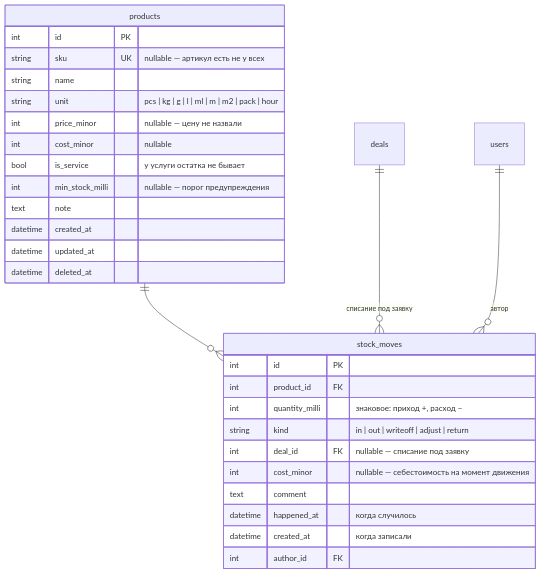
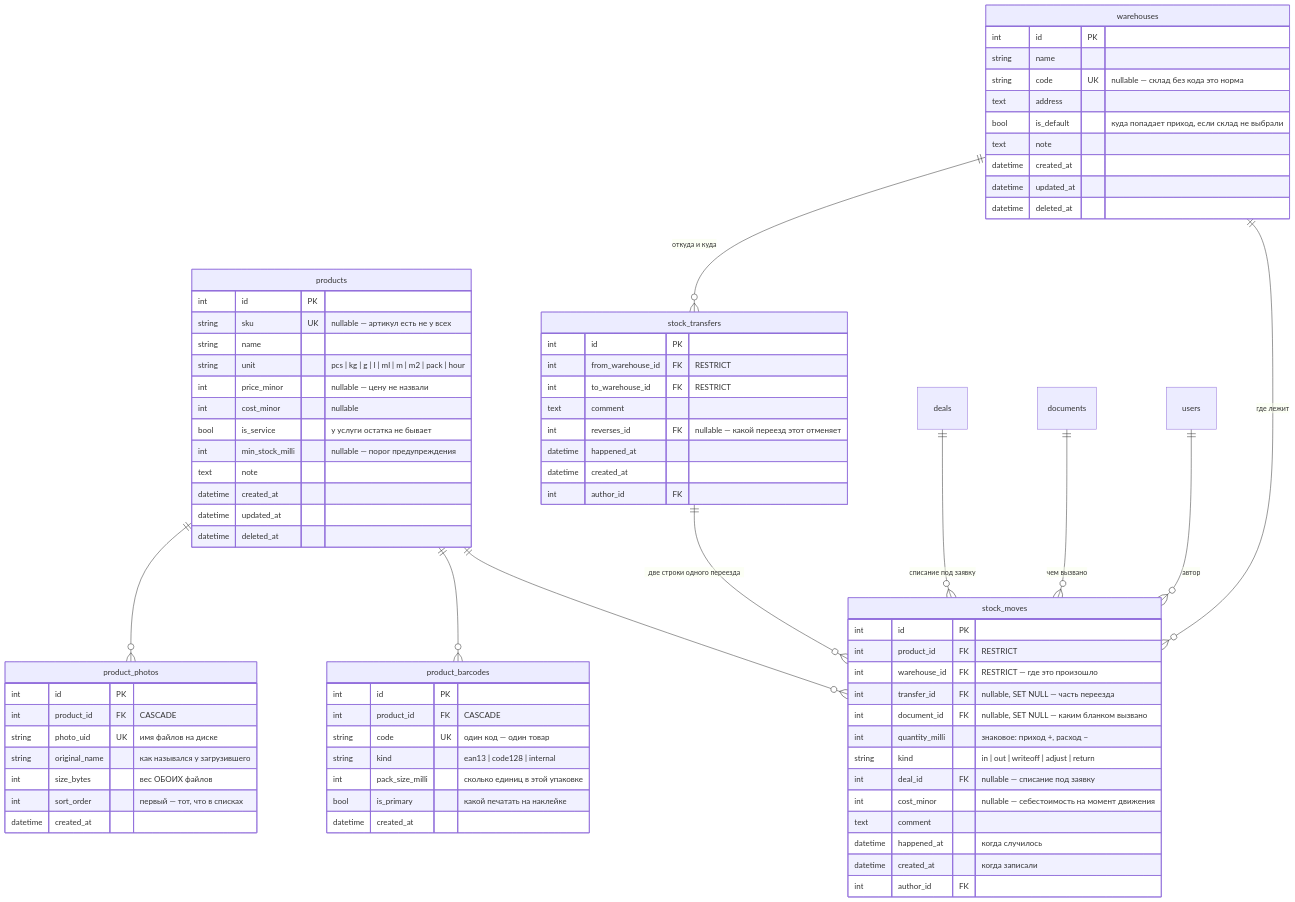
Before and after one commit to DenisHumen/OpenCRM: the second of 2 diagrams in docs/03-database.md, drawn with Mermaid. The commit also changed other lines of this file and 103 other files, not shown here.

````diff
--- a/docs/03-database.md
+++ b/docs/03-database.md
@@ -223,8 +253,57 @@
 ```mermaid
 erDiagram
     products ||--o{ stock_moves : ""
+    products ||--o{ product_barcodes : ""
+    products ||--o{ product_photos : ""
+    warehouses ||--o{ stock_moves : "где лежит"
+    warehouses ||--o{ stock_transfers : "откуда и куда"
+    stock_transfers ||--o{ stock_moves : "две строки одного переезда"
     deals ||--o{ stock_moves : "списание под заявку"
+    documents ||--o{ stock_moves : "чем вызвано"
     users ||--o{ stock_moves : "автор"
+
+    warehouses {
+        int id PK
+        string name
+        string code UK "nullable — склад без кода это норма"
+        text address
+        bool is_default "куда попадает приход, если склад не выбрали"
+        text note
+        datetime created_at
+        datetime updated_at
+        datetime deleted_at
+    }
+
+    stock_transfers {
+        int id PK
+        int from_warehouse_id FK "RESTRICT"
+        int to_warehouse_id FK "RESTRICT"
+        text comment
+        int reverses_id FK "nullable — какой переезд этот отменяет"
+        datetime happened_at
+        datetime created_at
+        int author_id FK
+    }
+
+    product_barcodes {
+        int id PK
+        int product_id FK "CASCADE"
+        string code UK "один код — один товар"
+        string kind "ean13 | code128 | internal"
+        int pack_size_milli "сколько единиц в этой упаковке"
+        bool is_primary "какой печатать на наклейке"
+        datetime created_at
+    }
+
+    product_photos {
+        int id PK
+        int product_id FK "CASCADE"
+        string photo_uid UK "имя файлов на диске"
+        string original_name "как назывался у загрузившего"
+        int size_bytes "вес ОБОИХ файлов"
+        int sort_order "первый — тот, что в списках"
+        datetime created_at
+    }
 
     products {
         int id PK
@@ -243,7 +322,10 @@
 
     stock_moves {
         int id PK
-        int product_id FK
+        int product_id FK "RESTRICT"
+        int warehouse_id FK "RESTRICT — где это произошло"
+        int transfer_id FK "nullable, SET NULL — часть переезда"
+        int document_id FK "nullable, SET NULL — каким бланком вызвано"
         int quantity_milli "знаковое: приход +, расход −"
         string kind "in | out | writeoff | adjust | return"
         int deal_id FK "nullable — списание под заявку"
````
